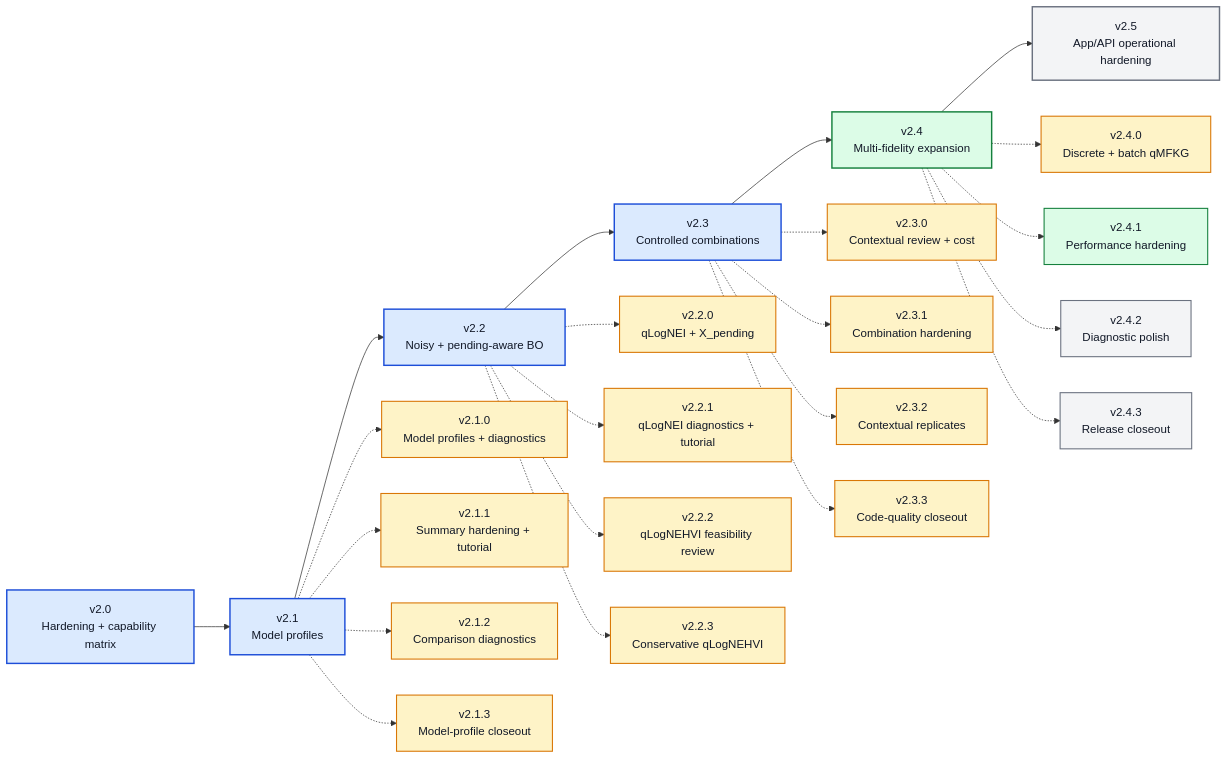
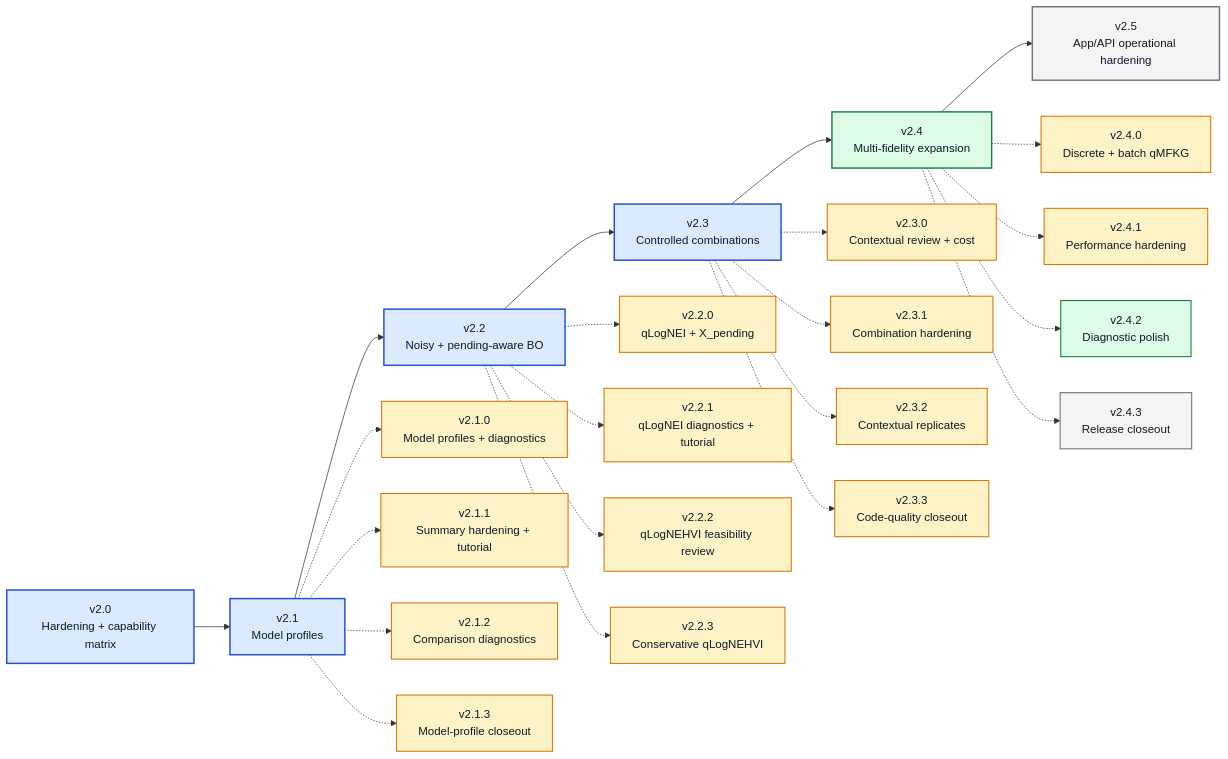
Before and after one commit to angzeli/bo-forge: the diagram in ROADMAP_V2_X.md, drawn with Mermaid. The commit also changed other lines of this file and 39 other files, not shown here.

````diff
--- a/ROADMAP_V2_X.md
+++ b/ROADMAP_V2_X.md
@@ -14,55 +14,55 @@
 ```mermaid
 flowchart LR
     v20["v2.0<br/>Hardening + capability matrix"] --> v21["v2.1<br/>Model profiles"] --> v22["v2.2<br/>Noisy + pending-aware BO"] --> v23["v2.3<br/>Controlled combinations"] --> v24["v2.4<br/>Multi-fidelity expansion"] --> v25["v2.5<br/>App/API operational hardening"]
 
     v210["v2.1.0<br/>Model profiles + diagnostics"]
     v211["v2.1.1<br/>Summary hardening + tutorial"]
     v212["v2.1.2<br/>Comparison diagnostics"]
     v213["v2.1.3<br/>Model-profile closeout"]
     v220["v2.2.0<br/>qLogNEI + X_pending"]
     v221["v2.2.1<br/>qLogNEI diagnostics + tutorial"]
     v222["v2.2.2<br/>qLogNEHVI feasibility review"]
     v223["v2.2.3<br/>Conservative qLogNEHVI"]
     v230["v2.3.0<br/>Contextual review + cost"]
     v231["v2.3.1<br/>Combination hardening"]
     v232["v2.3.2<br/>Contextual replicates"]
     v233["v2.3.3<br/>Code-quality closeout"]
     v240["v2.4.0<br/>Discrete + batch qMFKG"]
     v241["v2.4.1<br/>Performance hardening"]
     v242["v2.4.2<br/>Diagnostic polish"]
     v243["v2.4.3<br/>Release closeout"]
 
     v21 -.-> v210
     v21 -.-> v211
     v21 -.-> v212
     v21 -.-> v213
     v22 -.-> v220
     v22 -.-> v221
     v22 -.-> v222
     v22 -.-> v223
     v23 -.-> v230
     v23 -.-> v231
     v23 -.-> v232
     v23 -.-> v233
     v24 -.-> v240
     v24 -.-> v241
     v24 -.-> v242
     v24 -.-> v243
 
     class v10,v20,v21,v22,v23 majorDone
     class v24 majorActive
     class v25 majorFuture
     class v210,v211,v212,v213 patchDone
     class v220,v221,v222,v223 patchDone
     class v230,v231,v232,v233 patchDone
-    class v240 patchDone
-    class v241 patchActive
-    class v242,v243 patchFuture
+    class v240,v241 patchDone
+    class v242 patchActive
+    class v243 patchFuture
 
     classDef majorDone fill:#dbeafe,stroke:#1d4ed8,stroke-width:2px,color:#111827;
     classDef majorActive fill:#dcfce7,stroke:#15803d,stroke-width:2px,color:#111827;
     classDef majorFuture fill:#f3f4f6,stroke:#6b7280,stroke-width:2px,color:#111827;
     classDef patchDone fill:#fef3c7,stroke:#d97706,stroke-width:1.5px,color:#111827;
     classDef patchActive fill:#dcfce7,stroke:#15803d,stroke-width:1.5px,color:#111827;
     classDef patchFuture fill:#f3f4f6,stroke:#6b7280,stroke-width:1.5px,color:#111827;
 ```
````
